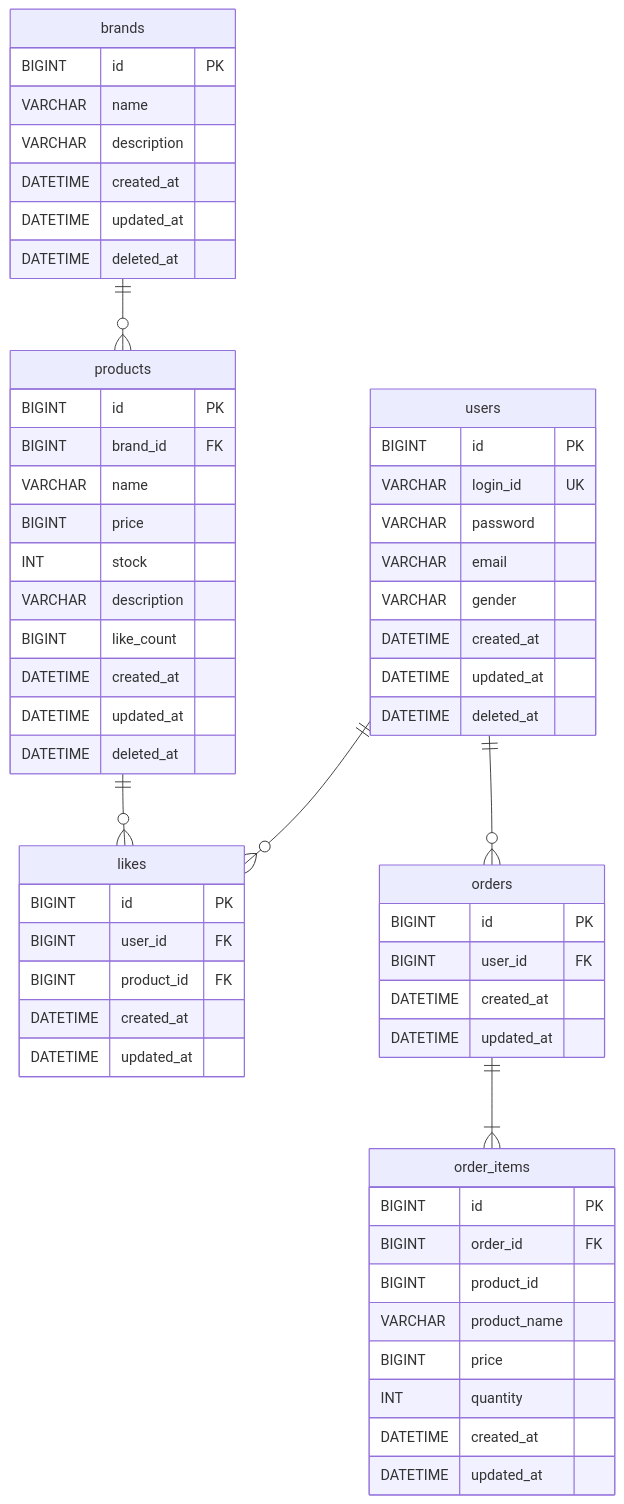
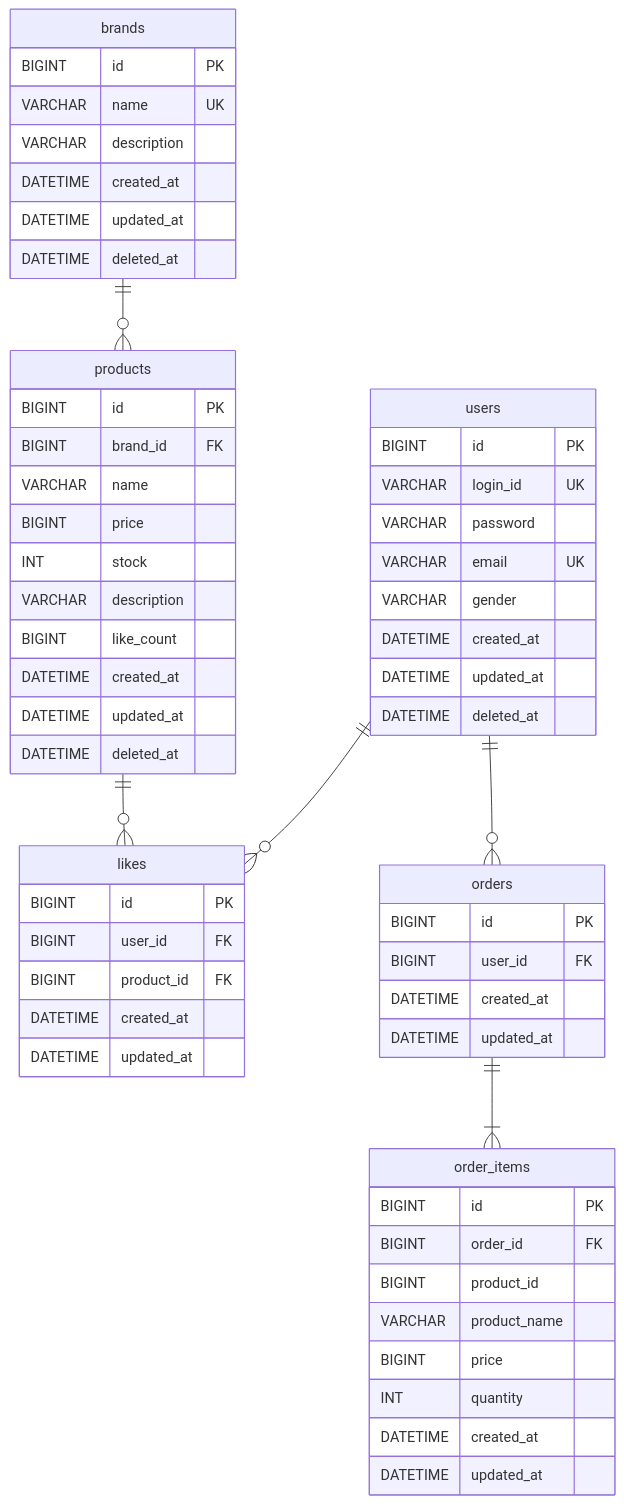
One commit to loopers-labs/loop-pack-be-l2-vol4-java changed the diagram in .docs/design/04-erd.md. Above: the diagram before and after it, drawn with Mermaid. The commit also changed other lines of this file, not shown here.

Commit message:
docs: ERD UK 추가 적용

````diff
--- a/.docs/design/04-erd.md
+++ b/.docs/design/04-erd.md
@@ -5,67 +5,67 @@
 ```mermaid
 erDiagram
     users {
         BIGINT id PK
         VARCHAR login_id UK
         VARCHAR password
-        VARCHAR email
+        VARCHAR email UK
         VARCHAR gender
         DATETIME created_at
         DATETIME updated_at
         DATETIME deleted_at
     }
 
     brands {
         BIGINT id PK
-        VARCHAR name
+        VARCHAR name UK
         VARCHAR description
         DATETIME created_at
         DATETIME updated_at
         DATETIME deleted_at
     }
 
     products {
         BIGINT id PK
         BIGINT brand_id FK
         VARCHAR name
         BIGINT price
         INT stock
         VARCHAR description
         BIGINT like_count
         DATETIME created_at
         DATETIME updated_at
         DATETIME deleted_at
     }
 
     likes {
         BIGINT id PK
         BIGINT user_id FK
         BIGINT product_id FK
         DATETIME created_at
         DATETIME updated_at
     }
 
     orders {
         BIGINT id PK
         BIGINT user_id FK
         DATETIME created_at
         DATETIME updated_at
     }
 
     order_items {
         BIGINT id PK
         BIGINT order_id FK
         BIGINT product_id
         VARCHAR product_name
         BIGINT price
         INT quantity
         DATETIME created_at
         DATETIME updated_at
     }
 
     users ||--o{ likes : ""
     users ||--o{ orders : ""
     brands ||--o{ products : ""
     products ||--o{ likes : ""
     orders ||--|{ order_items : ""
 ```
````
